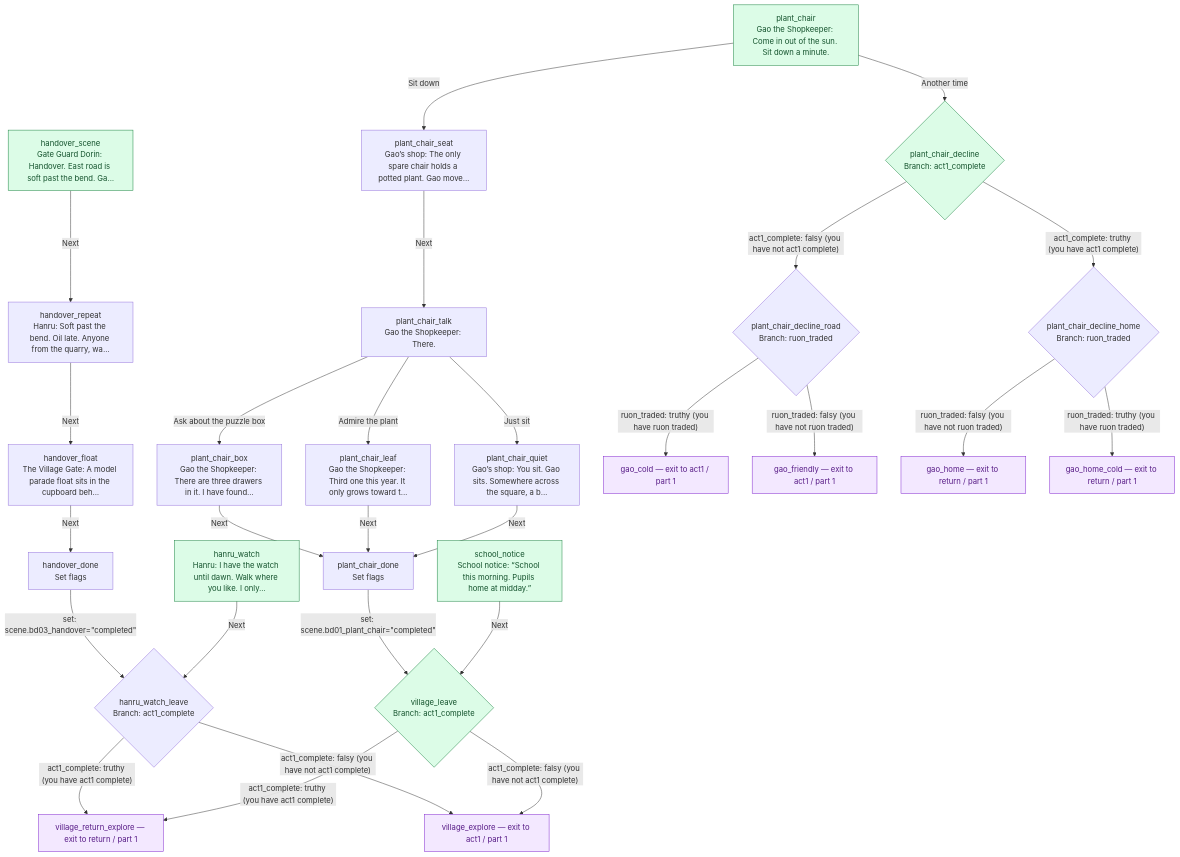
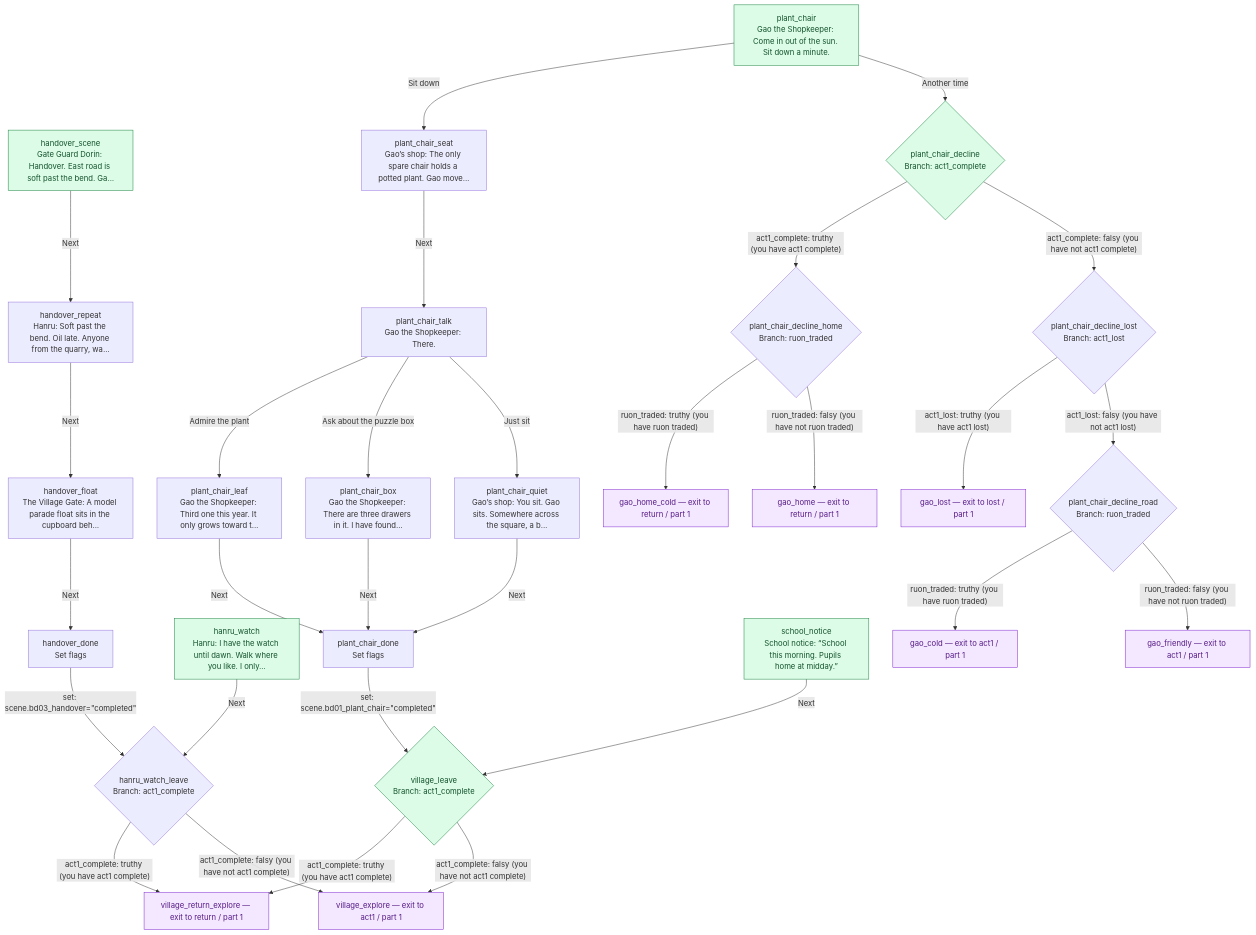
One commit to jaredbahr/Avatarrpg changed the diagram in docs/story/ba-dan-day.md. Above: the diagram before and after it, drawn with Mermaid. The commit also changed other lines of this file and 32 other files, not shown here.

````diff
--- a/docs/story/ba-dan-day.md
+++ b/docs/story/ba-dan-day.md
@@ -21,56 +21,60 @@
 ```mermaid
 flowchart TD
-  n55["handover_done<br/>Set flags"]
-  n56["handover_float<br/>The Village Gate: A model parade float sits in the cupboard beh…"]
-  n57["handover_repeat<br/>Hanru: Soft past the bend. Oil late. Anyone from the quarry, wa…"]
-  n58["handover_scene<br/>Gate Guard Dorin: Handover. East road is soft past the bend. Ga…"]:::entry
-  n59["hanru_watch<br/>Hanru: I have the watch until dawn. Walk where you like. I only…"]:::entry
-  n60{"hanru_watch_leave<br/>Branch: act1_complete"}
-  n90["plant_chair<br/>Gao the Shopkeeper: Come in out of the sun. Sit down a minute."]:::entry
-  n91["plant_chair_box<br/>Gao the Shopkeeper: There are three drawers in it. I have found…"]
-  n92{"plant_chair_decline<br/>Branch: act1_complete"}:::entry
-  n93{"plant_chair_decline_home<br/>Branch: ruon_traded"}
-  n94{"plant_chair_decline_road<br/>Branch: ruon_traded"}
-  n95["plant_chair_done<br/>Set flags"]
-  n96["plant_chair_leaf<br/>Gao the Shopkeeper: Third one this year. It only grows toward t…"]
-  n97["plant_chair_quiet<br/>Gao’s shop: You sit. Gao sits. Somewhere across the square, a b…"]
-  n98["plant_chair_seat<br/>Gao’s shop: The only spare chair holds a potted plant. Gao move…"]
-  n99["plant_chair_talk<br/>Gao the Shopkeeper: There."]
-  n154["school_notice<br/>School notice: “School this morning. Pupils home at midday.”"]:::entry
-  n197{"village_leave<br/>Branch: act1_complete"}:::entry
-  n42["gao_cold — exit to act1 / part 1"]:::external
-  n43["gao_friendly — exit to act1 / part 1"]:::external
-  n44["gao_home — exit to return / part 1"]:::external
-  n45["gao_home_cold — exit to return / part 1"]:::external
-  n196["village_explore — exit to act1 / part 1"]:::external
-  n198["village_return_explore — exit to return / part 1"]:::external
-  n55 -->|"set: scene.bd03_handover=#quot;completed#quot;"| n60
-  n56 -->|"Next"| n55
-  n57 -->|"Next"| n56
-  n58 -->|"Next"| n57
-  n59 -->|"Next"| n60
-  n60 -->|"act1_complete: truthy (you have act1 complete)"| n198
-  n60 -->|"act1_complete: falsy (you have not act1 complete)"| n196
-  n90 -->|"Sit down"| n98
-  n90 -->|"Another time"| n92
-  n91 -->|"Next"| n95
-  n92 -->|"act1_complete: truthy (you have act1 complete)"| n93
-  n92 -->|"act1_complete: falsy (you have not act1 complete)"| n94
-  n93 -->|"ruon_traded: truthy (you have ruon traded)"| n45
-  n93 -->|"ruon_traded: falsy (you have not ruon traded)"| n44
-  n94 -->|"ruon_traded: truthy (you have ruon traded)"| n42
-  n94 -->|"ruon_traded: falsy (you have not ruon traded)"| n43
-  n95 -->|"set: scene.bd01_plant_chair=#quot;completed#quot;"| n197
-  n96 -->|"Next"| n95
-  n97 -->|"Next"| n95
-  n98 -->|"Next"| n99
-  n99 -->|"Admire the plant"| n96
-  n99 -->|"Ask about the puzzle box"| n91
-  n99 -->|"Just sit"| n97
-  n154 -->|"Next"| n197
-  n197 -->|"act1_complete: truthy (you have act1 complete)"| n198
-  n197 -->|"act1_complete: falsy (you have not act1 complete)"| n196
+  n62["handover_done<br/>Set flags"]
+  n63["handover_float<br/>The Village Gate: A model parade float sits in the cupboard beh…"]
+  n64["handover_repeat<br/>Hanru: Soft past the bend. Oil late. Anyone from the quarry, wa…"]
+  n65["handover_scene<br/>Gate Guard Dorin: Handover. East road is soft past the bend. Ga…"]:::entry
+  n66["hanru_watch<br/>Hanru: I have the watch until dawn. Walk where you like. I only…"]:::entry
+  n67{"hanru_watch_leave<br/>Branch: act1_complete"}
+  n110["plant_chair<br/>Gao the Shopkeeper: Come in out of the sun. Sit down a minute."]:::entry
+  n111["plant_chair_box<br/>Gao the Shopkeeper: There are three drawers in it. I have found…"]
+  n112{"plant_chair_decline<br/>Branch: act1_complete"}:::entry
+  n113{"plant_chair_decline_home<br/>Branch: ruon_traded"}
+  n114{"plant_chair_decline_lost<br/>Branch: act1_lost"}
+  n115{"plant_chair_decline_road<br/>Branch: ruon_traded"}
+  n116["plant_chair_done<br/>Set flags"]
+  n117["plant_chair_leaf<br/>Gao the Shopkeeper: Third one this year. It only grows toward t…"]
+  n118["plant_chair_quiet<br/>Gao’s shop: You sit. Gao sits. Somewhere across the square, a b…"]
+  n119["plant_chair_seat<br/>Gao’s shop: The only spare chair holds a potted plant. Gao move…"]
+  n120["plant_chair_talk<br/>Gao the Shopkeeper: There."]
+  n175["school_notice<br/>School notice: “School this morning. Pupils home at midday.”"]:::entry
+  n219{"village_leave<br/>Branch: act1_complete"}:::entry
+  n48["gao_cold — exit to act1 / part 1"]:::external
+  n49["gao_friendly — exit to act1 / part 1"]:::external
+  n50["gao_home — exit to return / part 1"]:::external
+  n51["gao_home_cold — exit to return / part 1"]:::external
+  n52["gao_lost — exit to lost / part 1"]:::external
+  n218["village_explore — exit to act1 / part 1"]:::external
+  n220["village_return_explore — exit to return / part 1"]:::external
+  n62 -->|"set: scene.bd03_handover=#quot;completed#quot;"| n67
+  n63 -->|"Next"| n62
+  n64 -->|"Next"| n63
+  n65 -->|"Next"| n64
+  n66 -->|"Next"| n67
+  n67 -->|"act1_complete: truthy (you have act1 complete)"| n220
+  n67 -->|"act1_complete: falsy (you have not act1 complete)"| n218
+  n110 -->|"Sit down"| n119
+  n110 -->|"Another time"| n112
+  n111 -->|"Next"| n116
+  n112 -->|"act1_complete: truthy (you have act1 complete)"| n113
+  n112 -->|"act1_complete: falsy (you have not act1 complete)"| n114
+  n113 -->|"ruon_traded: truthy (you have ruon traded)"| n51
+  n113 -->|"ruon_traded: falsy (you have not ruon traded)"| n50
+  n114 -->|"act1_lost: truthy (you have act1 lost)"| n52
+  n114 -->|"act1_lost: falsy (you have not act1 lost)"| n115
+  n115 -->|"ruon_traded: truthy (you have ruon traded)"| n48
+  n115 -->|"ruon_traded: falsy (you have not ruon traded)"| n49
+  n116 -->|"set: scene.bd01_plant_chair=#quot;completed#quot;"| n219
+  n117 -->|"Next"| n116
+  n118 -->|"Next"| n116
+  n119 -->|"Next"| n120
+  n120 -->|"Admire the plant"| n117
+  n120 -->|"Ask about the puzzle box"| n111
+  n120 -->|"Just sit"| n118
+  n175 -->|"Next"| n219
+  n219 -->|"act1_complete: truthy (you have act1 complete)"| n220
+  n219 -->|"act1_complete: falsy (you have not act1 complete)"| n218
   classDef entry fill:#dcfce7,stroke:#15803d,color:#14532d
   classDef external fill:#f3e8ff,stroke:#7e22ce,color:#581c87
   classDef continuation fill:#f8fafc,stroke:#475569,color:#0f172a,stroke-dasharray:5 5
 ```
````
